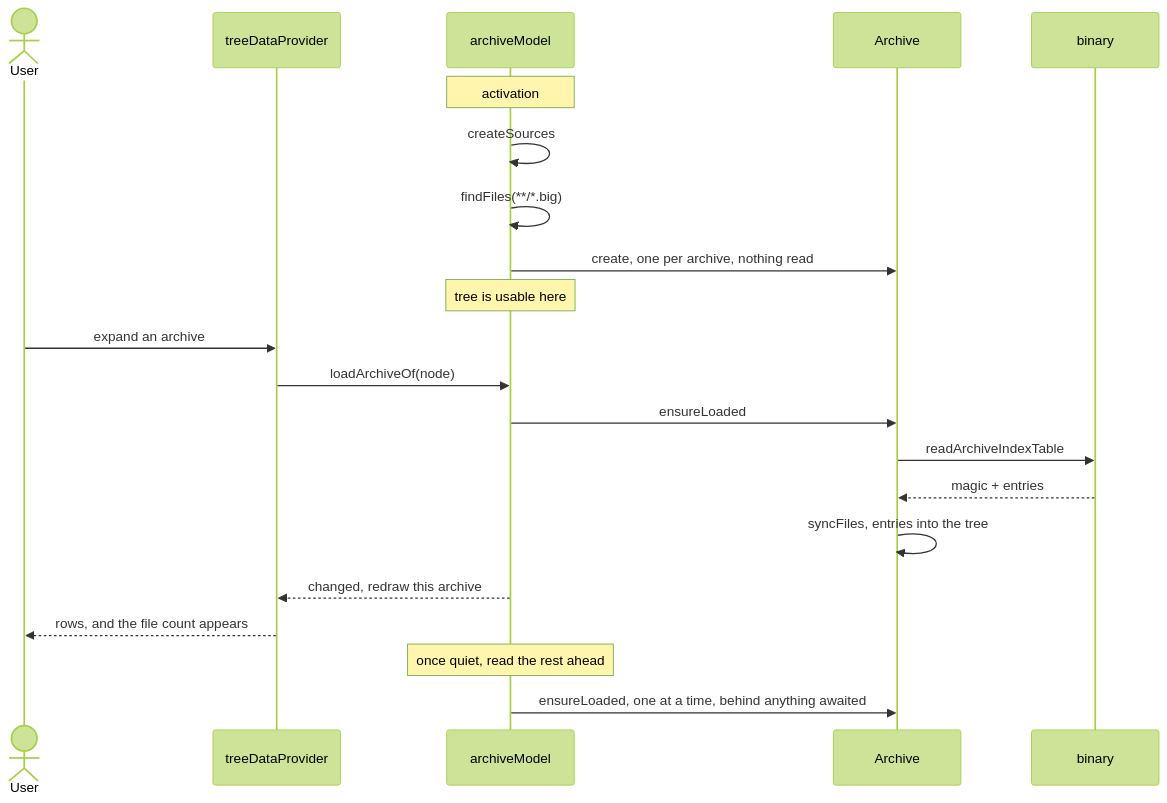
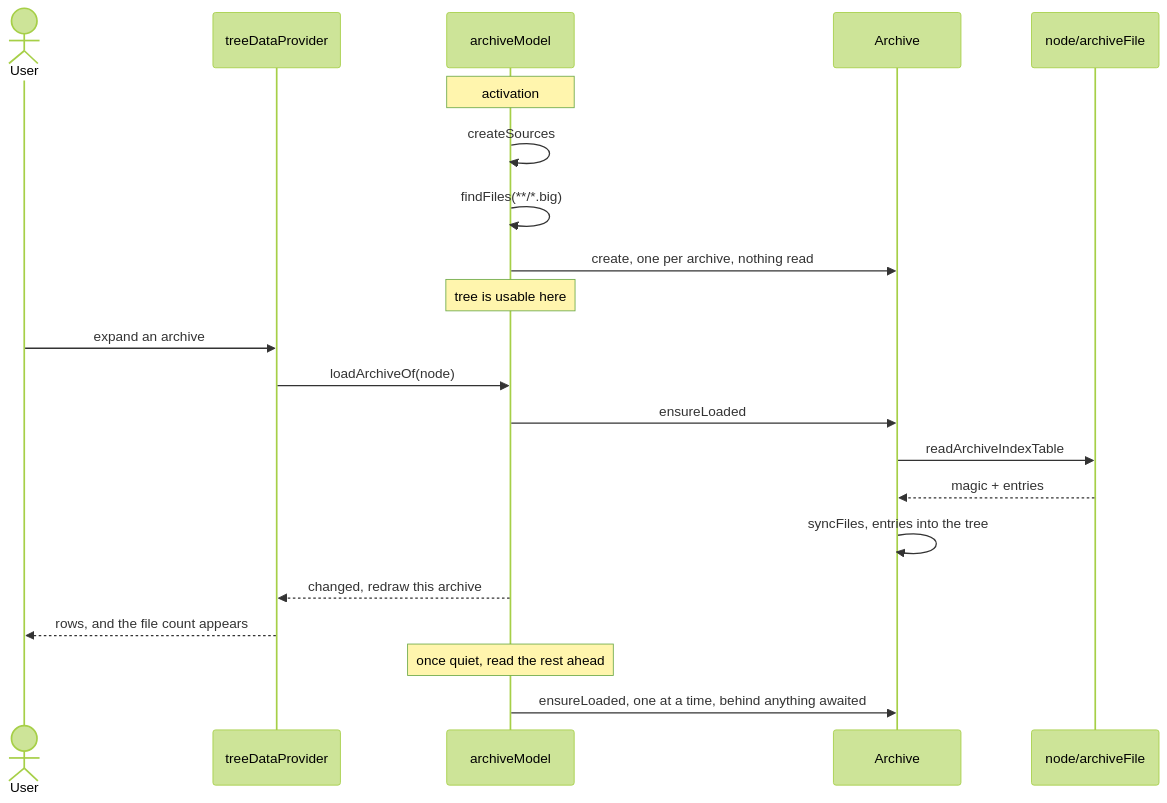
The fifth of 7 diagrams in docs/architecture.md (max-bronner/bigfs), drawn with Mermaid (forest theme) before and after one commit. The commit also changed other lines of this file and 3 other files, not shown here.

````diff
--- a/docs/architecture.md
+++ b/docs/architecture.md
@@ -228,26 +263,26 @@
 ```mermaid
 sequenceDiagram
   actor U as User
   participant TV as treeDataProvider
   participant AM as archiveModel
   participant AR as Archive
-  participant BIN as binary
+  participant BIN as node/archiveFile
 
   Note over AM: activation
   AM->>AM: createSources
   AM->>AM: findFiles(**/*.big)
   AM->>AR: create, one per archive, nothing read
   Note over AM: tree is usable here
 
   U->>TV: expand an archive
   TV->>AM: loadArchiveOf(node)
   AM->>AR: ensureLoaded
   AR->>BIN: readArchiveIndexTable
   BIN-->>AR: magic + entries
   AR->>AR: syncFiles, entries into the tree
   AM-->>TV: changed, redraw this archive
   TV-->>U: rows, and the file count appears
 
   Note over AM: once quiet, read the rest ahead
   AM->>AR: ensureLoaded, one at a time, behind anything awaited
 ```
````
